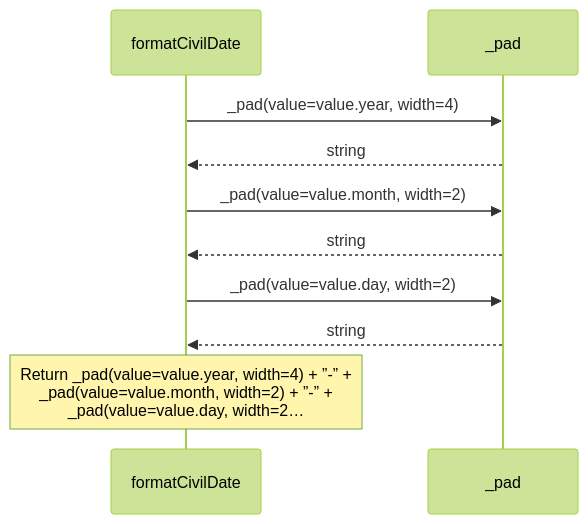
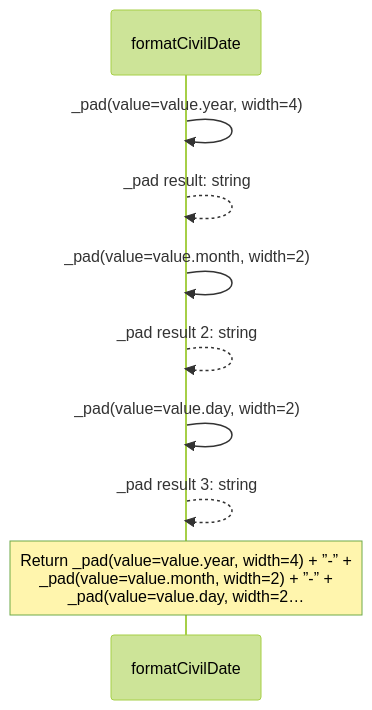
Before and after one commit to GreenPandaStudios/augscript: the sixth of 8 diagrams in src/stdlib/values/dates.aug.diagrams.md, drawn with Mermaid (forest theme). The commit also changed other lines of this file and 304 other files, not shown here.

Commit message:
Make generated data-flow sequences concise and review every diagram

````diff
--- a/src/stdlib/values/dates.aug.diagrams.md
+++ b/src/stdlib/values/dates.aug.diagrams.md
@@ -165,12 +149,12 @@
 ```mermaid
 sequenceDiagram
     participant p0 as formatCivilDate
-    participant p1 as _pad
-    p0->>p1: _pad(value=value.year, width=4)
-    p1-->>p0: string
-    p0->>p1: _pad(value=value.month, width=2)
-    p1-->>p0: string
-    p0->>p1: _pad(value=value.day, width=2)
-    p1-->>p0: string
+
+    p0->>p0: _pad(value=value.year, width=4)
+    p0-->>p0: _pad result: string
+    p0->>p0: _pad(value=value.month, width=2)
+    p0-->>p0: _pad result 2: string
+    p0->>p0: _pad(value=value.day, width=2)
+    p0-->>p0: _pad result 3: string
     Note over p0: Return _pad(value=value.year, width=4) + ”-” +<br/>_pad(value=value.month, width=2) + ”-” +<br/>_pad(value=value.day, width=2…
 ```
````
